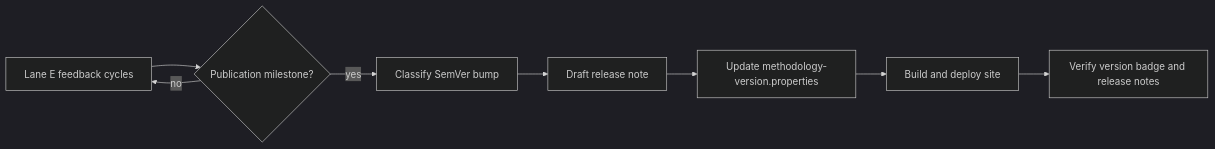
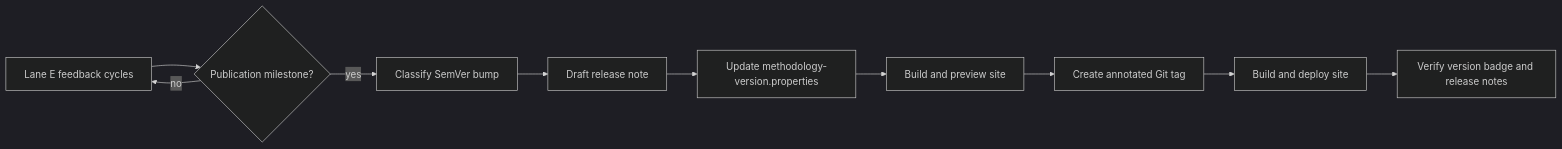
One commit to mgagp/ezkey changed the diagram in product-docs/methodology/methodology-publication-and-versioning.md. Above: the diagram before and after it, drawn with Mermaid (dark theme). The commit also changed other lines of this file and 2 other files, not shown here.

First line of the commit message:
docs(methodology): update methodology release process and introduce Git tagging

````diff
--- a/product-docs/methodology/methodology-publication-and-versioning.md
+++ b/product-docs/methodology/methodology-publication-and-versioning.md
@@ -44,10 +62,12 @@
 ```mermaid
 flowchart LR
   laneE[Lane E feedback cycles] --> milestone{Publication milestone?}
   milestone -->|no| laneE
   milestone -->|yes| classify[Classify SemVer bump]
   classify --> draft[Draft release note]
   draft --> bump[Update methodology-version.properties]
-  bump --> publish[Build and deploy site]
+  bump --> build[Build and preview site]
+  build --> tag[Create annotated Git tag]
+  tag --> publish[Build and deploy site]
   publish --> verify[Verify version badge and release notes]
 ```
````
